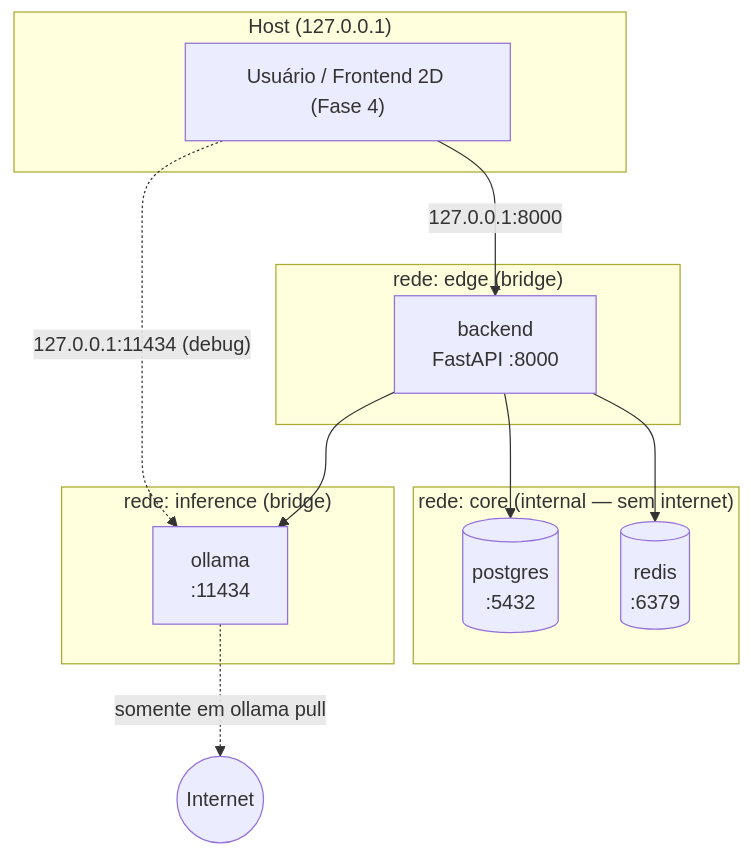
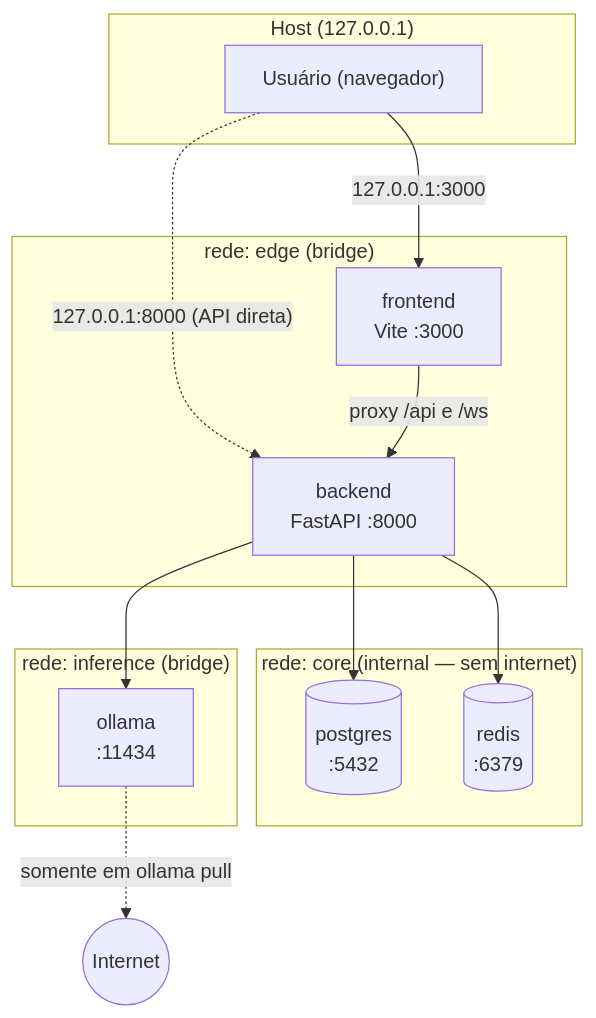
Before and after one commit to willrockoliv/they-work: the first of 9 diagrams in docs/ARCHITECTURE.md, drawn with Mermaid. The commit also changed other lines of this file and 77 other files, not shown here.

````diff
--- a/docs/ARCHITECTURE.md
+++ b/docs/ARCHITECTURE.md
@@ -44,26 +56,28 @@
 ```mermaid
 flowchart TB
     subgraph host["Host (127.0.0.1)"]
-        user["Usuário / Frontend 2D (Fase 4)"]
+        user["Usuário (navegador)"]
     end
 
     subgraph edge["rede: edge (bridge)"]
+        frontend["frontend<br/>Vite :3000"]
         backend["backend<br/>FastAPI :8000"]
     end
 
     subgraph core["rede: core (internal — sem internet)"]
         postgres[("postgres<br/>:5432")]
         redis[("redis<br/>:6379")]
     end
 
     subgraph inference["rede: inference (bridge)"]
         ollama["ollama<br/>:11434"]
     end
 
-    user -->|"127.0.0.1:8000"| backend
-    user -.->|"127.0.0.1:11434 (debug)"| ollama
+    user -->|"127.0.0.1:3000"| frontend
+    user -.->|"127.0.0.1:8000 (API direta)"| backend
+    frontend -->|"proxy /api e /ws"| backend
     backend --> postgres
     backend --> redis
     backend --> ollama
     ollama -.->|"somente em ollama pull"| internet(("Internet"))
 ```
````
